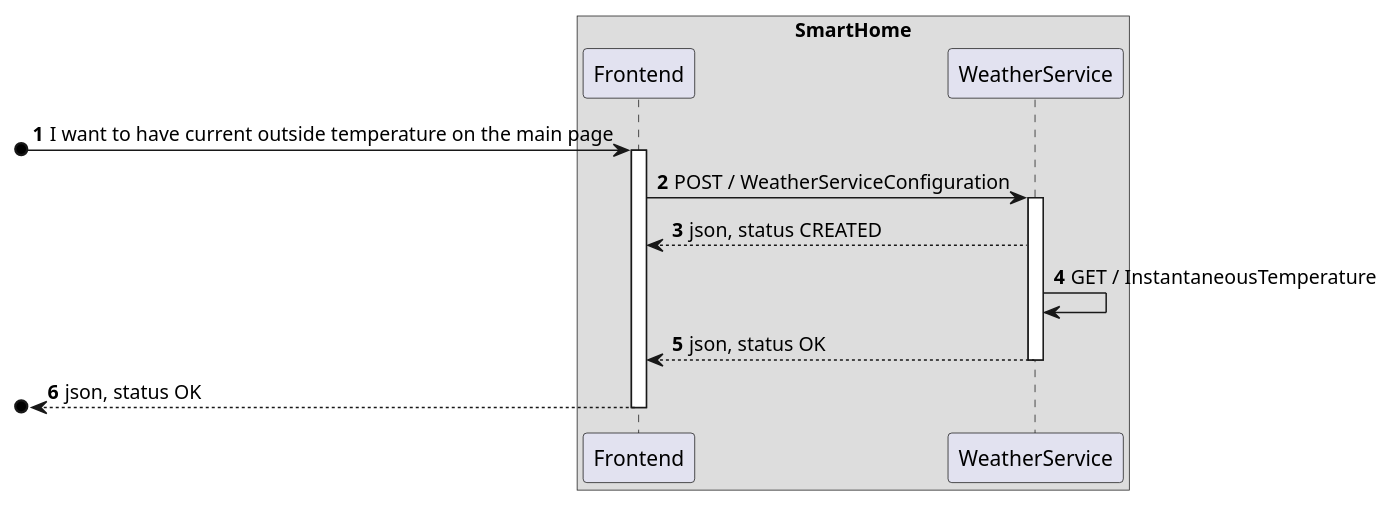
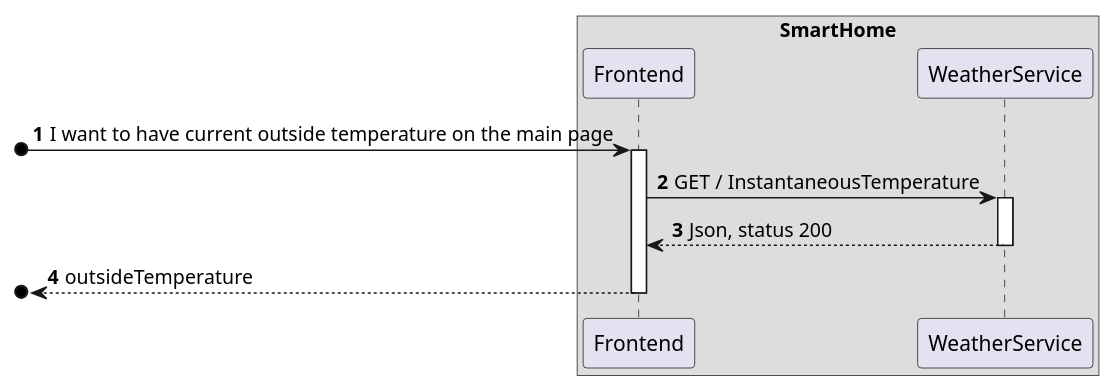
Before and after one commit to olivDiogo/SmartHome: the diagram in docs/ooa/C4_4plus1_models/Level2/ProcessView/ProcessViewLevel2_UC18.puml, drawn with PlantUML. The commit also changed 1 other file, not shown here.

```diff
--- a/docs/ooa/C4_4plus1_models/Level2/ProcessView/ProcessViewLevel2_UC18.puml
+++ b/docs/ooa/C4_4plus1_models/Level2/ProcessView/ProcessViewLevel2_UC18.puml
@@ -1,35 +1,31 @@
 @startuml
 'https://plantuml.com/sequence-diagram
 !pragma layout smetana
 
 autonumber
 
 
 
     box SmartHome
     participant Frontend as FE
     participant WeatherService as WS
     end box
 
 
 
 [o-> FE : I want to have current outside temperature on the main page
 activate FE
 
-FE -> WS : POST / WeatherServiceConfiguration
+FE -> WS : GET / InstantaneousTemperature
 activate WS
 
-WS --> FE : json, status CREATED
-
-WS -> WS : GET / InstantaneousTemperature
-
-WS --> FE : json, status OK
+WS --> FE : Json, status 200
 deactivate WS
 
-[o<-- FE : json, status OK
+[o<-- FE : outsideTemperature
 deactivate FE
 
 
 
 
 @enduml
```
